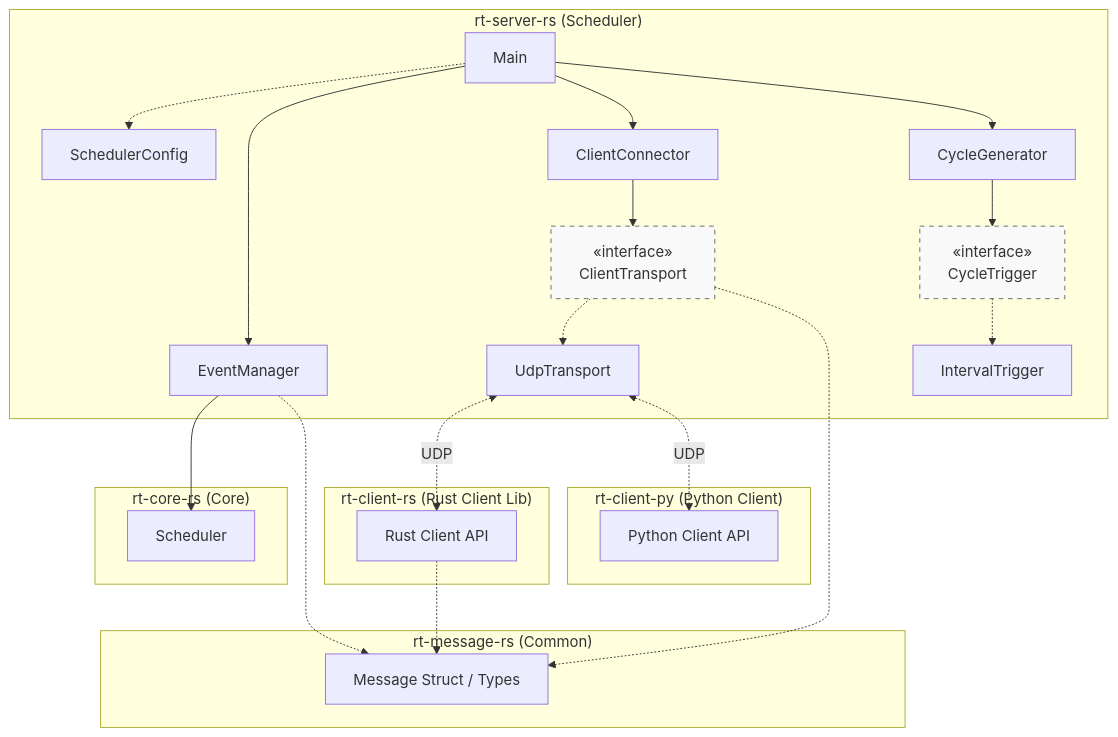
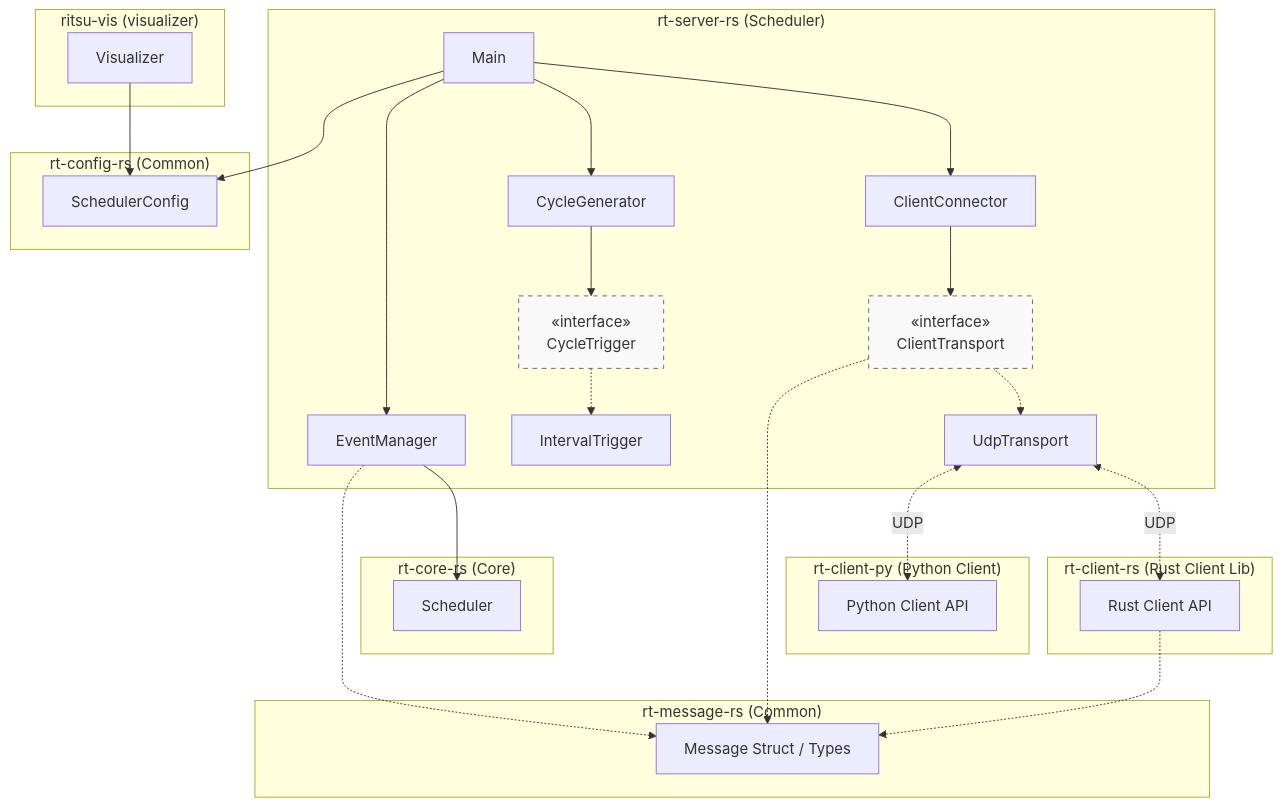
Before and after one commit to nao-kawano/ritsu-scheduler: the diagram in docs/README.md, drawn with Mermaid. The commit also changed 1 other file, not shown here.

Commit message:
docs: reflect rt-config-rs in workspace documentation
Integrated rt-config-rs into the repository structure descriptions and
the Mermaid architecture diagram. This change ensures that the shared
nature of the configuration logic is correctly documented for the server
and the upcoming visualization tools.

````diff
--- a/docs/README.md
+++ b/docs/README.md
@@ -7,64 +7,73 @@
 ```mermaid
 graph TD
     %% Server Project
     subgraph "rt-server-rs (Scheduler)"
         Main[Main]
-        SC[SchedulerConfig]
-
         EM[EventManager]
 
         CG[CycleGenerator]
         CT["&laquo;interface&raquo;<br/>CycleTrigger"]
         IT[IntervalTrigger]
 
         CC[ClientConnector]
         CTr["&laquo;interface&raquo;<br/>ClientTransport"]
         UT[UdpTransport]
 
-        Main -.-> SC
-        Main --> EM
         Main --> CC
         Main --> CG
+        Main --> EM
 
         CG --> CT
         CT -.-> IT
 
         CC --> CTr
         CTr -.-> UT
+    end
+
+    %% Config Project
+    subgraph "rt-config-rs (Common)"
+        SC[SchedulerConfig]
     end
 
     %% Core Project
     subgraph "rt-core-rs (Core)"
         SCH[Scheduler]
     end
 
     %% Client Projects
     subgraph "rt-client-rs (Rust Client Lib)"
         RCL[Rust Client API]
     end
     subgraph "rt-client-py (Python Client)"
         PCL[Python Client API]
     end
 
     %% Message Project
     subgraph "rt-message-rs (Common)"
         Msg[Message Struct / Types]
     end
 
+    %% Visualization Project
+    subgraph "ritsu-vis (visualizer)"
+        VIS[Visualizer]
+    end
+
     %% Inter-project dependencies
+    Main --> SC
     EM --> SCH
     EM -.-> Msg
     CTr -.-> Msg
     RCL -.-> Msg
+    VIS --> SC
     %% for layout
+    SCH ~~~ Msg
     PCL ~~~ Msg
-    SCH ~~~ Msg
 
     %% Communication Flow
     UT <-.->|UDP| RCL
     UT <-.->|UDP| PCL
 
     %% Styling
     style CT fill:#f9f9f9,stroke:#666,stroke-dasharray: 5 5
     style CTr fill:#f9f9f9,stroke:#666,stroke-dasharray: 5 5
 ```
````
